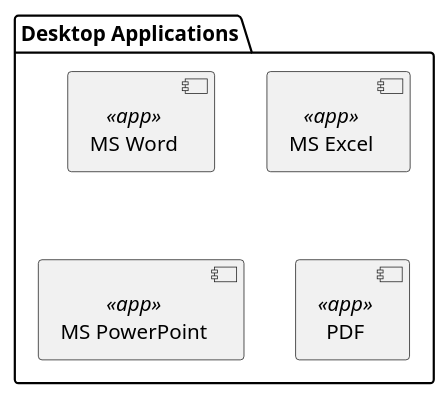
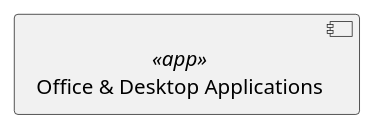
One commit to petersgiles/silver-octo-architecture changed the eighth of 9 diagrams in src/content/docs/includes/common.iuml. Above: the diagram before and after it, drawn with PlantUML. The commit also changed other lines of this file and 115 other files, not shown here.

```diff
--- a/src/content/docs/includes/common.iuml
+++ b/src/content/docs/includes/common.iuml
@@ -55,8 +45,3 @@
 @startuml(id=app_ms_office)
-    folder "Desktop Applications" as APP_MS_OFFICE {
-        component "MS Word" <<app>> as APP_MS_WORD 
-        component "MS Excel" <<app>> as APP_MS_EXCEL
-        component "MS PowerPoint" <<app>> as APP_MS_POWERPOINT
-        component "PDF" <<app>> as APP_PDF
-    }
+    component "Office & Desktop Applications" <<app>> as APP_MS_OFFICE 
 @enduml
```
